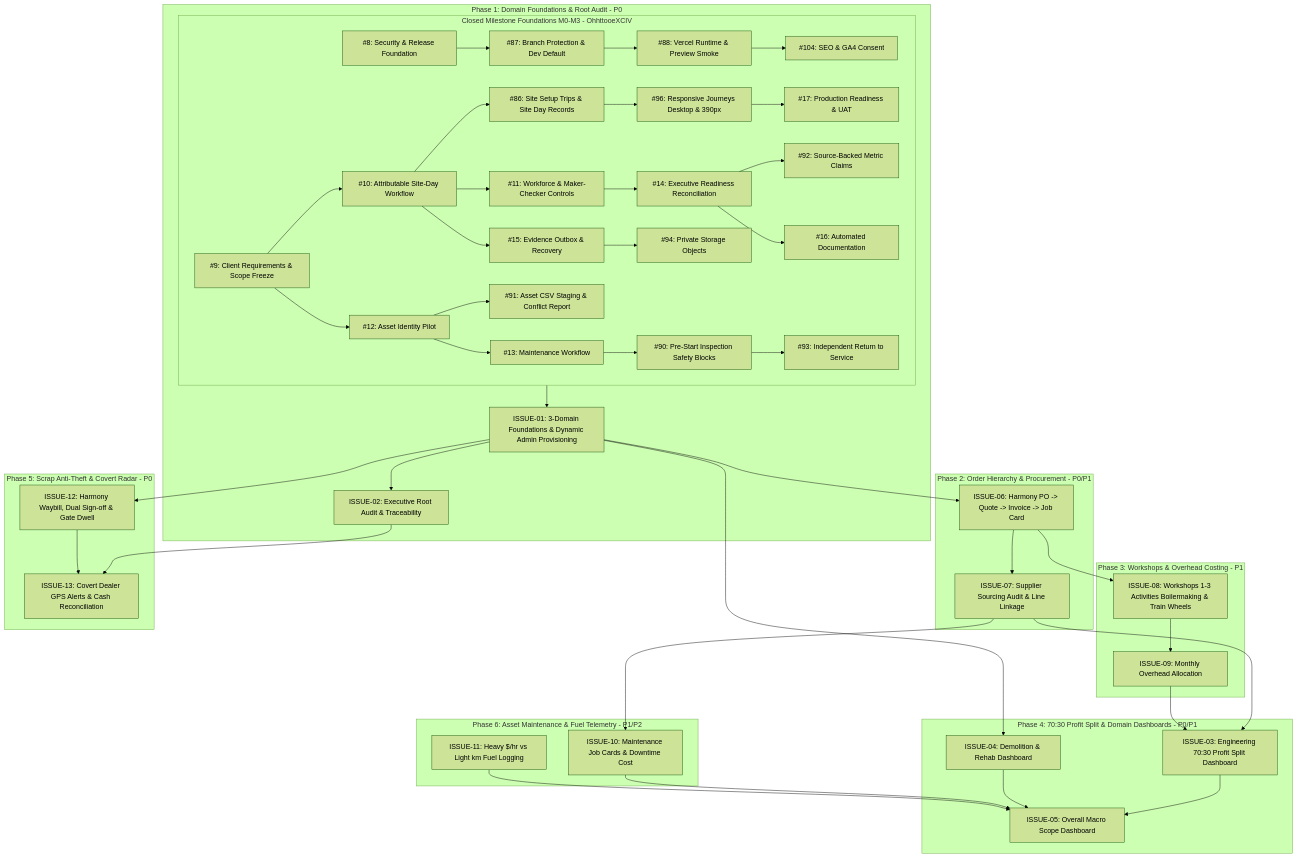
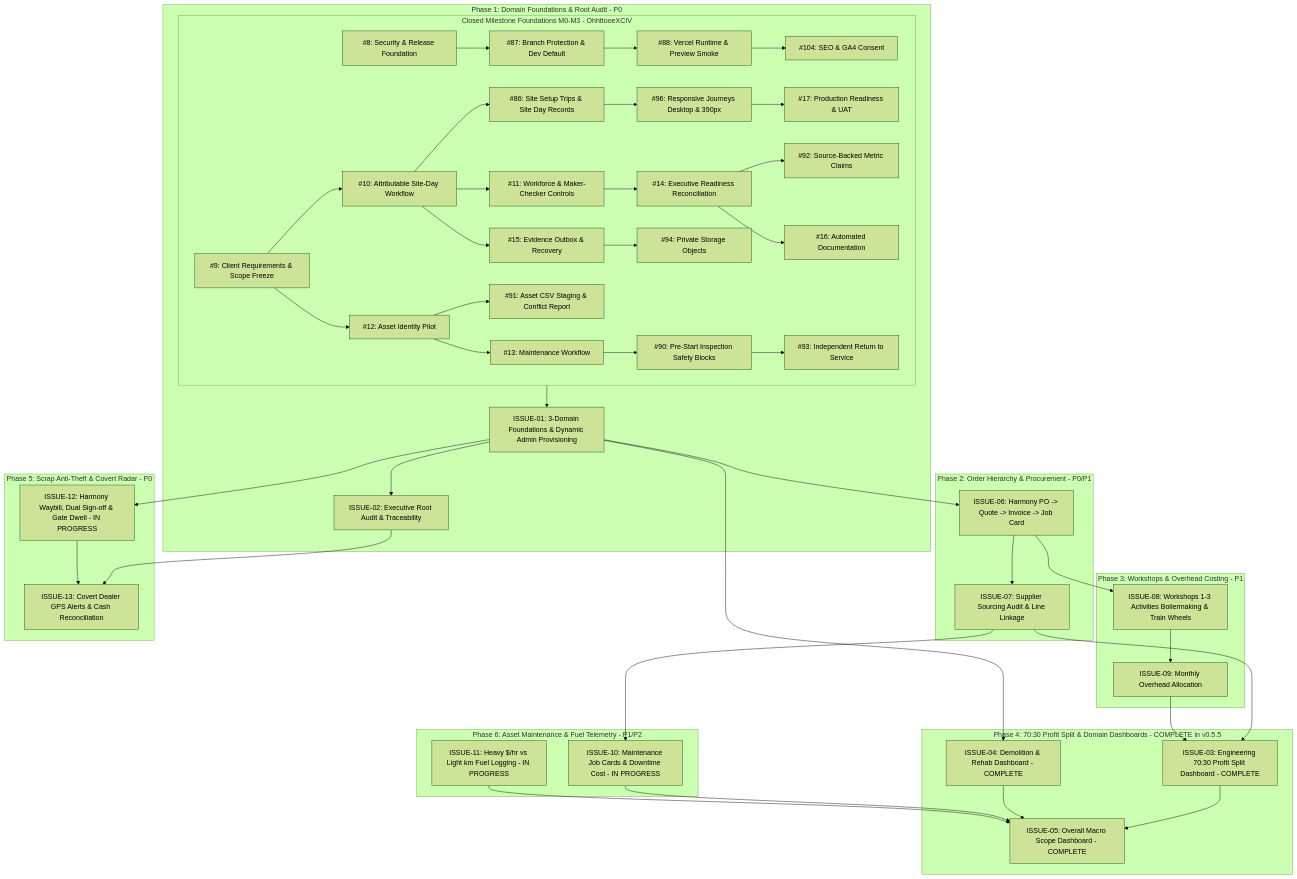
The diagram in docs/github-delivery-backlog.md (Sankofa-Digital-Studio/senatla-ops-internal-automation-solution), drawn with Mermaid (forest theme) before and after one commit. The commit also changed other lines of this file and 1 other file, not shown here.

Commit message:
docs(backlog): update delivery board and issue registers for v0.5.5 release

```diff
--- a/docs/github-delivery-backlog.md
+++ b/docs/github-delivery-backlog.md
@@ -115,11 +129,20 @@
         I86 --> I96 --> I17
     end
 
+    subgraph Phase4Dashboards [Phase 4: 70:30 Profit Split & Domain Dashboards - COMPLETE in v0.5.5]
+        I03[ISSUE-03: Engineering 70:30 Profit Split Dashboard - COMPLETE]
+        I04[ISSUE-04: Demolition & Rehab Dashboard - COMPLETE]
+        I05[ISSUE-05: Overall Macro Scope Dashboard - COMPLETE]
+        I03 --> I05
+        I04 --> I05
+    end
+
     subgraph Phase1New [Phase 1: Domain Foundations & Root Audit - P0]
         I01[ISSUE-01: 3-Domain Foundations & Dynamic Admin Provisioning]
         I02[ISSUE-02: Executive Root Audit & Traceability]
         ClosedFoundations --> I01
         I01 --> I02
+        I01 --> I04
     end
 
     subgraph Phase2Commercial [Phase 2: Order Hierarchy & Procurement - P0/P1]
@@ -127,6 +150,7 @@
         I07[ISSUE-07: Supplier Sourcing Audit & Line Linkage]
         I01 --> I06
         I06 --> I07
+        I07 --> I03
     end
 
     subgraph Phase3Workshops [Phase 3: Workshops & Overhead Costing - P1]
@@ -134,21 +158,11 @@
         I09W[ISSUE-09: Monthly Overhead Allocation]
         I06 --> I08W
         I08W --> I09W
-    end
-
-    subgraph Phase4Dashboards [Phase 4: 70:30 Profit Split & Domain Dashboards - P0/P1]
-        I03[ISSUE-03: Engineering 70:30 Profit Split Dashboard]
-        I04[ISSUE-04: Demolition & Rehab Dashboard]
-        I05[ISSUE-05: Overall Macro Scope Dashboard]
-        I07 --> I03
         I09W --> I03
-        I01 --> I04
-        I03 --> I05
-        I04 --> I05
     end
 
     subgraph Phase5Security [Phase 5: Scrap Anti-Theft & Covert Radar - P0]
-        I12S[ISSUE-12: Harmony Waybill, Dual Sign-off & Gate Dwell]
+        I12S[ISSUE-12: Harmony Waybill, Dual Sign-off & Gate Dwell - IN PROGRESS]
         I13S[ISSUE-13: Covert Dealer GPS Alerts & Cash Reconciliation]
         I01 --> I12S
         I02 --> I13S
@@ -156,8 +170,8 @@
     end
 
     subgraph Phase6Assets [Phase 6: Asset Maintenance & Fuel Telemetry - P1/P2]
-        I10A[ISSUE-10: Maintenance Job Cards & Downtime Cost]
-        I11A[ISSUE-11: Heavy $/hr vs Light km Fuel Logging]
+        I10A[ISSUE-10: Maintenance Job Cards & Downtime Cost - IN PROGRESS]
+        I11A[ISSUE-11: Heavy $/hr vs Light km Fuel Logging - IN PROGRESS]
         I07 --> I10A
         I10A --> I05
         I11A --> I05
```
